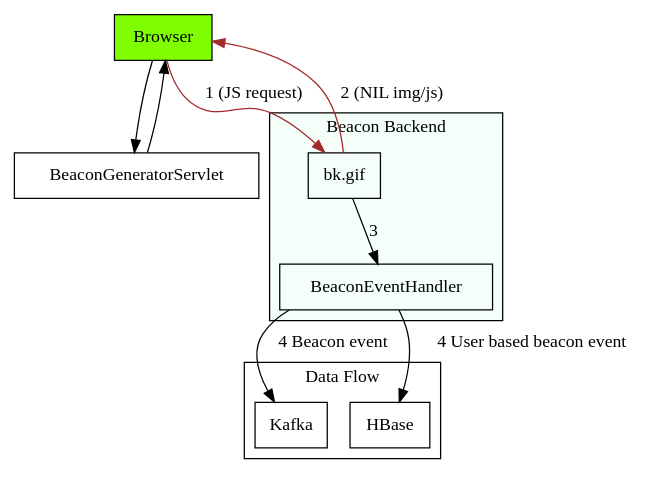
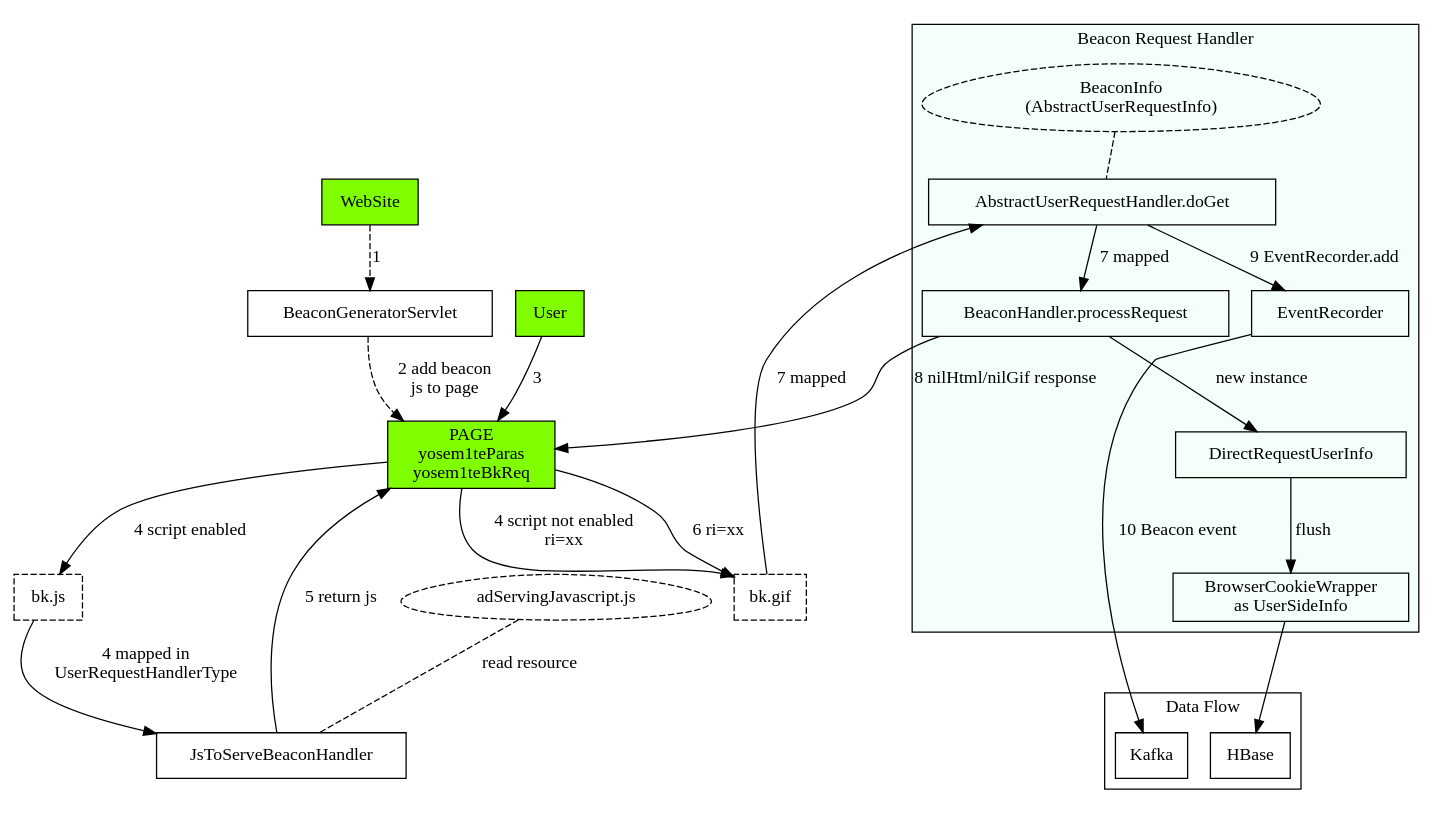
The diagram in others/graphviz/beacon.dot (buptrobin/MyProjects), drawn with Graphviz before and after one commit. The commit also changed 5 other files, not shown here.

```diff
--- a/others/graphviz/beacon.dot
+++ b/others/graphviz/beacon.dot
@@ -1,32 +1,54 @@
 digraph Beacon {
 	node [shape="record"];
 	edge [style="solid"];
 	#edge [style="dashed"];
+	WebSite [style="filled", color="black", fillcolor="chartreuse"];
+	Page [style="filled", color="black", fillcolor="chartreuse" label="PAGE\nyosem1teParas\nyosem1teBkReq"];
+	User [style="filled", color="black", fillcolor="chartreuse"];
+	bk_js [label="bk.js" style="dashed"];
+	bk_gif [label="bk.gif" style="dashed"];
+	BeaconGeneratorServlet;
+	adServingJavascript [shape="egg" label="adServingJavascript.js" style="dashed"];
+	JsToServeBeaconHandler [label="JsToServeBeaconHandler"];
 
-	Browser [style="filled", color="black", fillcolor="chartreuse"];
-	BeaconGeneratorServlet;
 	subgraph cluster_bk{
-		label="Beacon Backend";
+		label="Beacon Request Handler";
 		bgcolor="mintcream";
 
-		bk [label="bk.gif"];
-		BeaconEventHandler;
-
+		BeaconInfo [label="BeaconInfo\n(AbstractUserRequestInfo)" shape="egg" style="dashed"];
+		BeaconHandler [label="BeaconHandler.processRequest"];
+		AbstractUserRequestHandler [label="AbstractUserRequestHandler.doGet"];
+		DirectRequestUserInfo [label="DirectRequestUserInfo"];
+		BrowserCookieWrapper [label="BrowserCookieWrapper\nas UserSideInfo"];
+		EventRecorder;
 	}
 
 	subgraph cluster_data {
 		label="Data Flow";
 
 		Kafka;
 		HBase;
 	}
 
-	BeaconGeneratorServlet->Browser;
-	Browser->BeaconGeneratorServlet;
-	Browser->bk [label="1 (JS request)" color="brown"];
-	bk->Browser [label="2 (NIL img/js)" color="brown"];
-	bk->BeaconEventHandler [label="3"];
-	BeaconEventHandler->Kafka [label="4 Beacon event"];
-	BeaconEventHandler->HBase [label="4 User based beacon event"];
+	WebSite->BeaconGeneratorServlet [style="dashed" label="1"];
+	BeaconGeneratorServlet->Page [label="2 add beacon \njs to page" style="dashed"];
+	User->Page [label="3"];
+	Page->bk_js [label="4 script enabled"];
+	Page->bk_gif [label="4 script not enabled\nri=xx"];
+	bk_js->JsToServeBeaconHandler [label="4 mapped in \nUserRequestHandlerType"];
 
+	adServingJavascript->JsToServeBeaconHandler [label="read resource" arrowhead="none" style="dashed"];
+	JsToServeBeaconHandler->Page [label="5 return js"];
+
+	Page->bk_gif [label="6 ri=xx"];
+	bk_gif->AbstractUserRequestHandler->BeaconHandler [label="7 mapped"]
+	BeaconInfo->AbstractUserRequestHandler [arrowhead="none" style="dashed"];
+	AbstractUserRequestHandler->EventRecorder [label="9 EventRecorder.add"];
+
+	BeaconHandler->Page [label="8 nilHtml/nilGif response"];
+	BeaconHandler->DirectRequestUserInfo [label="new instance"];
+	DirectRequestUserInfo->BrowserCookieWrapper [label="flush"];
+	BrowserCookieWrapper->HBase;
+	EventRecorder->Kafka [label="10 Beacon event"];
+	//EventRecorder->HBase [label="10 User based beacon event"];
 }
```
